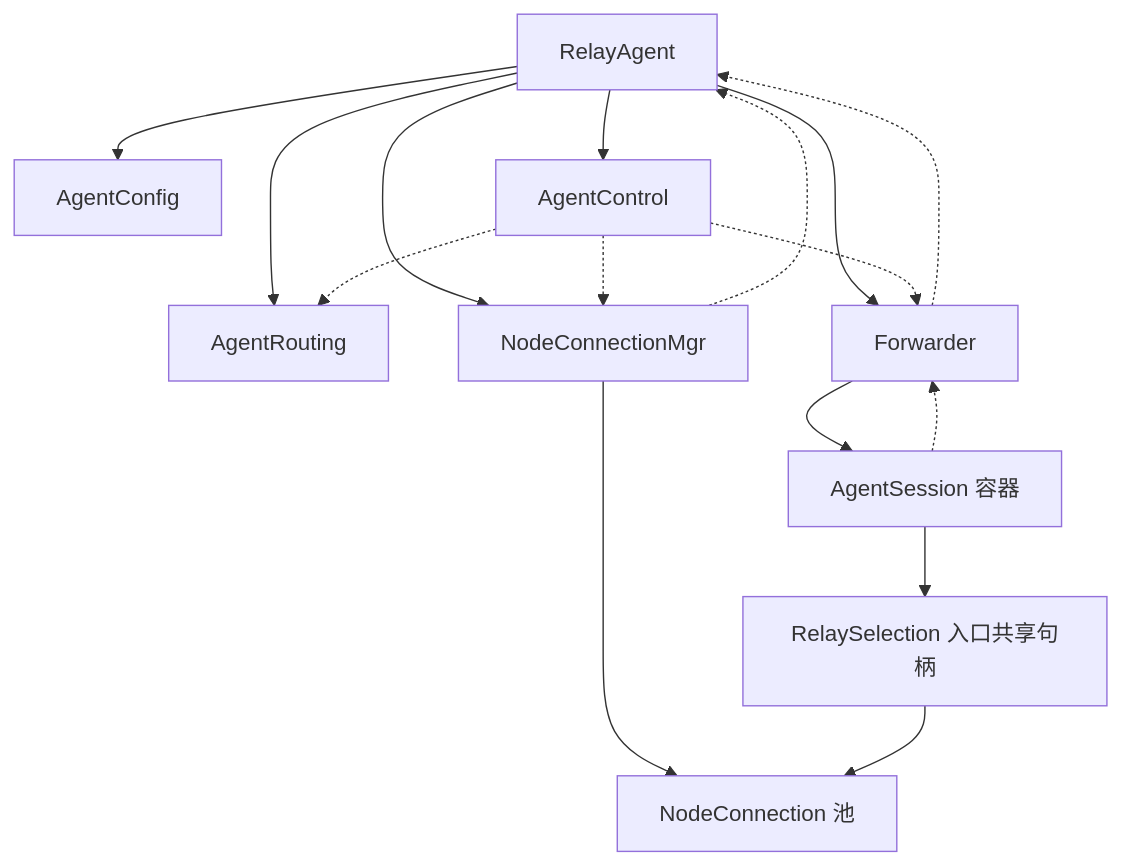
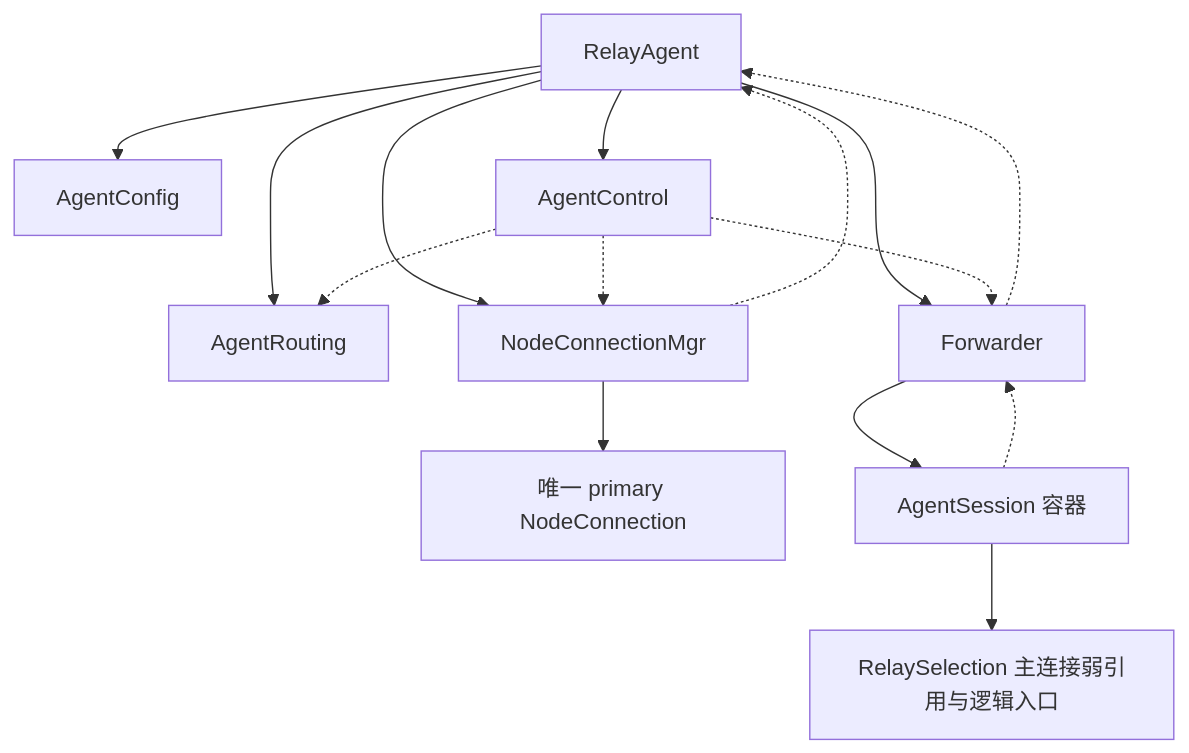
The first of 3 diagrams in docs/RelayAgent设计.md (Xtinc/relayweave), drawn with Mermaid before and after one commit. The commit also changed other lines of this file and 45 other files, not shown here.

````diff
--- a/docs/RelayAgent设计.md
+++ b/docs/RelayAgent设计.md
@@ -28,18 +28,17 @@
 ```mermaid
 flowchart TD
     A[RelayAgent] --> C[AgentConfig]
     A --> R[AgentRouting]
     A --> F[Forwarder]
     A --> AC[AgentControl]
     A --> M[NodeConnectionMgr]
     AC -.-> M
-    M --> N[NodeConnection 池]
+    M --> N[唯一 primary NodeConnection]
     AC -.-> R
     AC -.-> F
     M -.-> A
     F --> S[AgentSession 容器]
     S -.-> F
-    S --> H[RelaySelection 入口共享句柄]
-    H --> N
+    S --> H[RelaySelection 主连接弱引用与逻辑入口]
     F -.-> A
 ```
````
